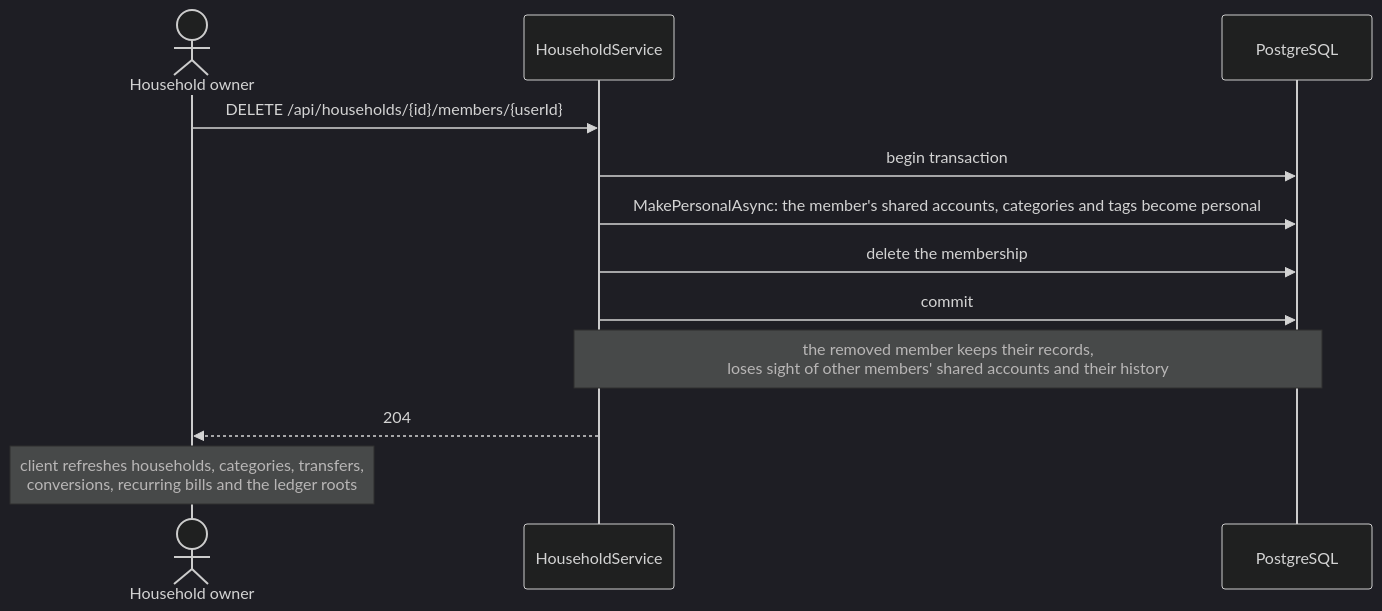
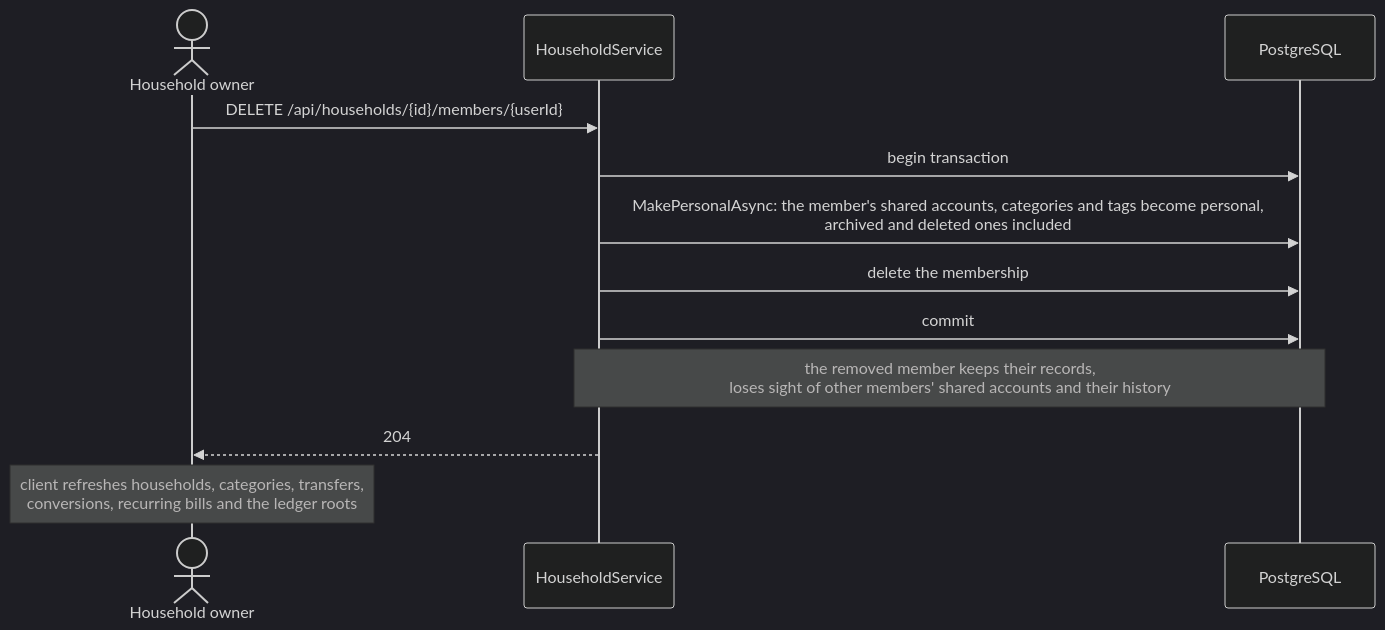
One commit to Justxs/Jx-Finance changed the third of 3 diagrams in docs/features/16. Households and sharing.md. Above: the diagram before and after it, drawn with Mermaid (dark theme). The commit also changed other lines of this file and 64 other files, not shown here.

First line of the commit message:
feat(trash): restore deleted categories, tags, rules and households

````diff
--- a/docs/features/16. Households and sharing.md
+++ b/docs/features/16. Households and sharing.md
@@ -58,14 +62,14 @@
 ```mermaid
 sequenceDiagram
     actor Owner as Household owner
     participant Api as HouseholdService
     participant Db as PostgreSQL
     Owner->>Api: DELETE /api/households/{id}/members/{userId}
     Api->>Db: begin transaction
-    Api->>Db: MakePersonalAsync: the member's shared accounts, categories and tags become personal
+    Api->>Db: MakePersonalAsync: the member's shared accounts, categories and tags become personal,<br/>archived and deleted ones included
     Api->>Db: delete the membership
     Api->>Db: commit
     Note over Api,Db: the removed member keeps their records,<br/>loses sight of other members' shared accounts and their history
     Api-->>Owner: 204
     Note over Owner: client refreshes households, categories, transfers,<br/>conversions, recurring bills and the ledger roots
 ```
````
